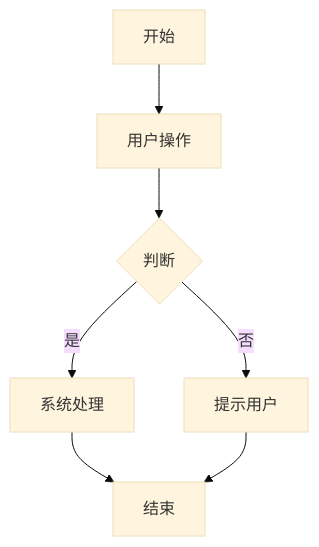
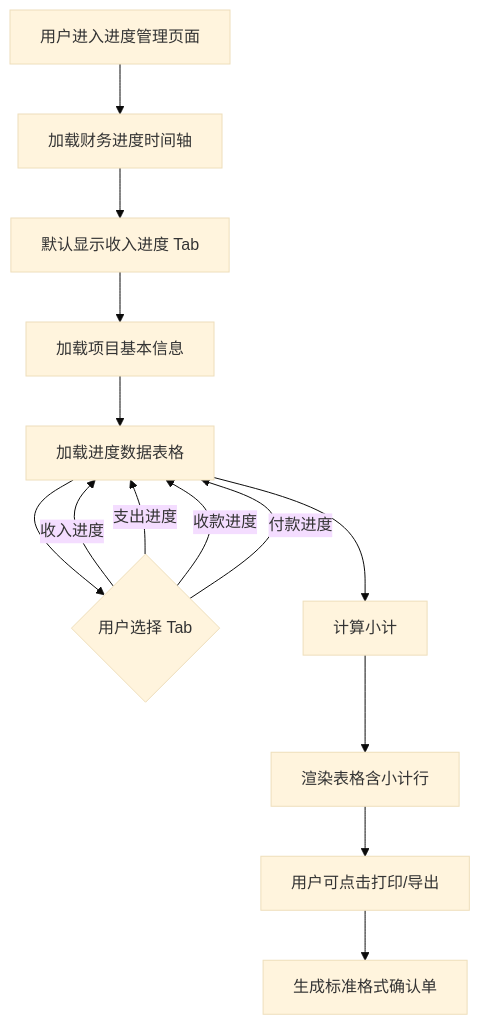
One commit to cuiweihaoxuan-eng/lto changed the diagram in .prd/_routes/_progress.md. Above: the diagram before and after it, drawn with Mermaid (base theme). The commit also changed other lines of this file and 79 other files, not shown here.

````diff
--- a/.prd/_routes/_progress.md
+++ b/.prd/_routes/_progress.md
@@ -44,9 +62,16 @@
 ```mermaid
 graph TD
-    A[开始] --> B[用户操作]
-    B --> C{判断}
-    C -->|是| D[系统处理]
-    C -->|否| E[提示用户]
-    D --> F[结束]
-    E --> F
+    A[用户进入进度管理页面] --> B[加载财务进度时间轴]
+    B --> C[默认显示收入进度 Tab]
+    C --> D[加载项目基本信息]
+    D --> E[加载进度数据表格]
+    E --> F{用户选择 Tab}
+    F -->|收入进度| E
+    F -->|支出进度| E
+    F -->|收款进度| E
+    F -->|付款进度| E
+    E --> G[计算小计]
+    G --> H[渲染表格含小计行]
+    H --> I[用户可点击打印/导出]
+    I --> J[生成标准格式确认单]
 ```
````
